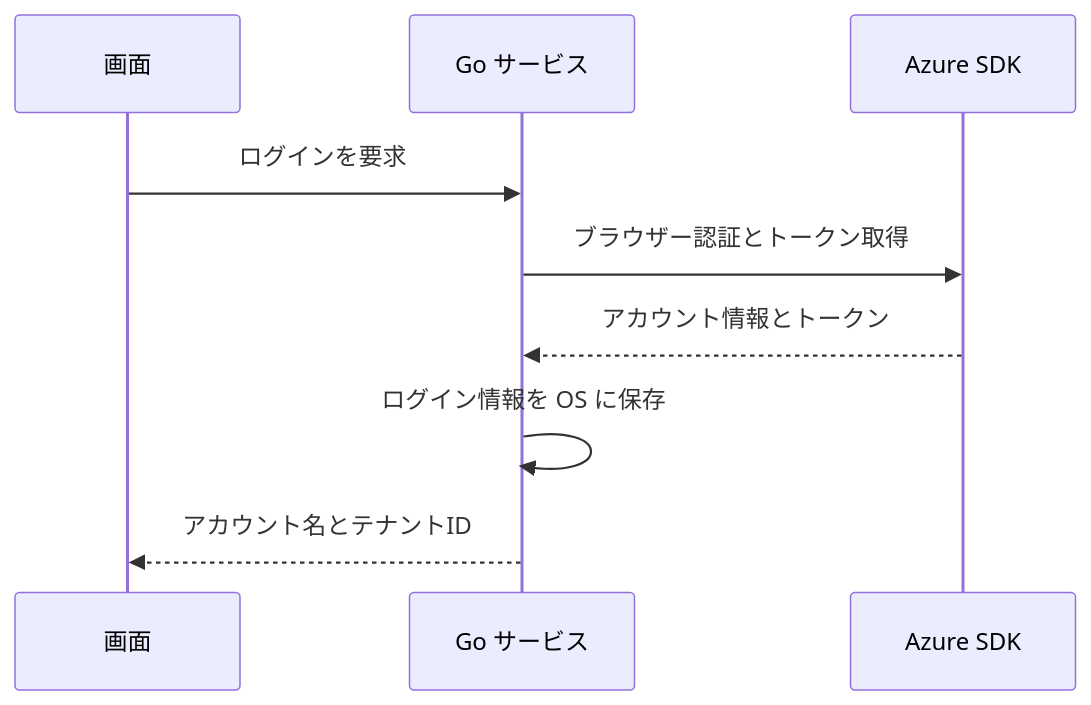
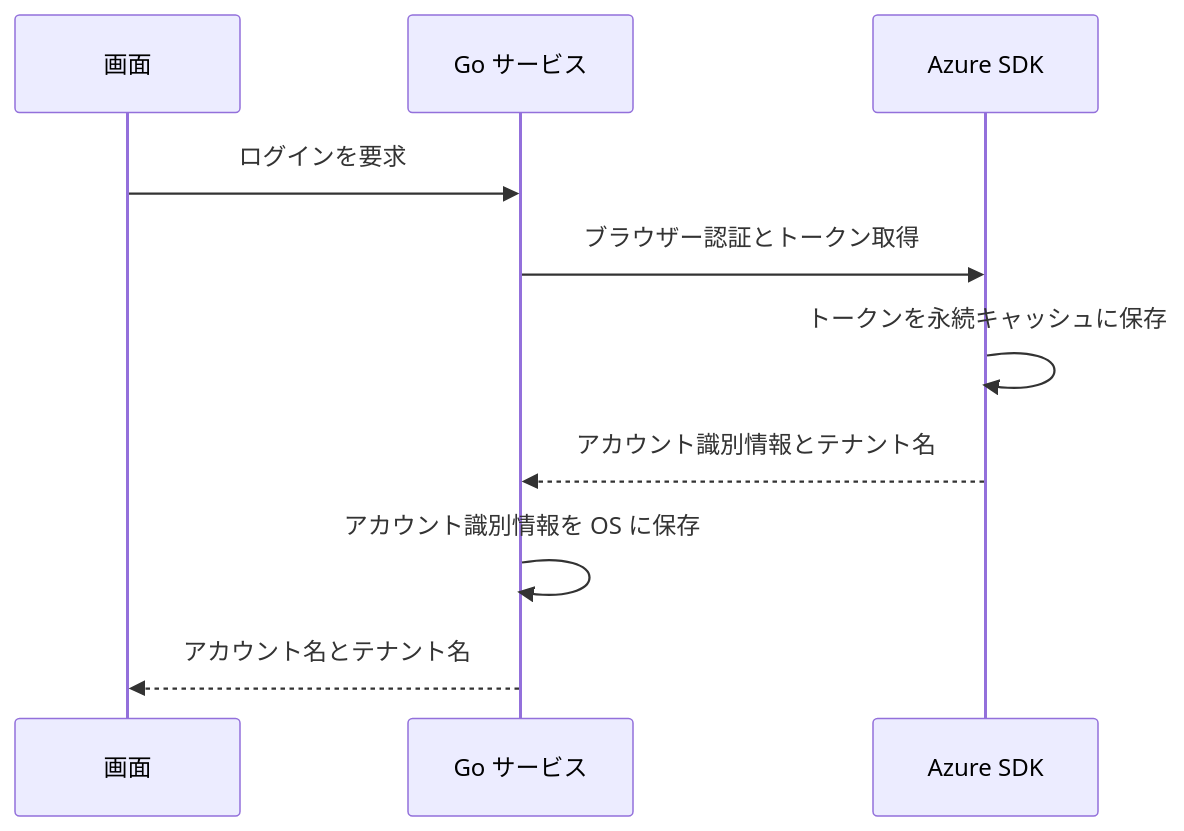
One commit to nuitsjp/azfoundry-deck changed the diagram in docs/design/UCP-1.md. Above: the diagram before and after it, drawn with Mermaid. The commit also changed other lines of this file and 17 other files, not shown here.

````diff
--- a/docs/design/UCP-1.md
+++ b/docs/design/UCP-1.md
@@ -11,11 +11,12 @@
 ```mermaid
 sequenceDiagram
   participant U as 画面
   participant S as Go サービス
   participant K as Azure SDK
   U->>S: ログインを要求
   S->>K: ブラウザー認証とトークン取得
-  K-->>S: アカウント情報とトークン
-  S->>S: ログイン情報を OS に保存
-  S-->>U: アカウント名とテナントID
+  K->>K: トークンを永続キャッシュに保存
+  K-->>S: アカウント識別情報とテナント名
+  S->>S: アカウント識別情報を OS に保存
+  S-->>U: アカウント名とテナント名
 ```
````
